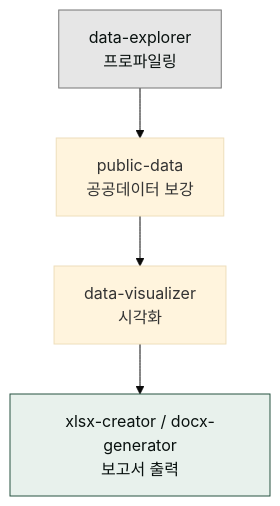
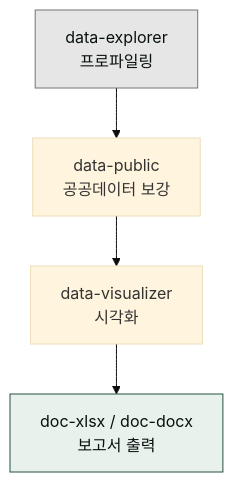
Before and after one commit to modu-ai/cowork-plugins: the diagram in www/content/cookbook/guides/data-analysis.md, drawn with Mermaid (base theme). The commit also changed other lines of this file and 45 other files, not shown here.

First line of the commit message:
docs(www): 스킬명 정합 + 깨진 링크 수정 + mermaid 보강

````diff
--- a/www/content/cookbook/guides/data-analysis.md
+++ b/www/content/cookbook/guides/data-analysis.md
@@ -11,9 +11,9 @@
 ```mermaid
 flowchart TD
-   A["data-explorer<br/>프로파일링"] --> B["public-data<br/>공공데이터 보강"]
+   A["data-explorer<br/>프로파일링"] --> B["data-public<br/>공공데이터 보강"]
    B --> C["data-visualizer<br/>시각화"]
-   C --> D["xlsx-creator / docx-generator<br/>보고서 출력"]
+   C --> D["doc-xlsx / doc-docx<br/>보고서 출력"]
 
    style A fill:#e6e6e6,stroke:#757575,color:#09110f
    style D fill:#e8f1ec,stroke:#265240,color:#09110f
 ```
````
